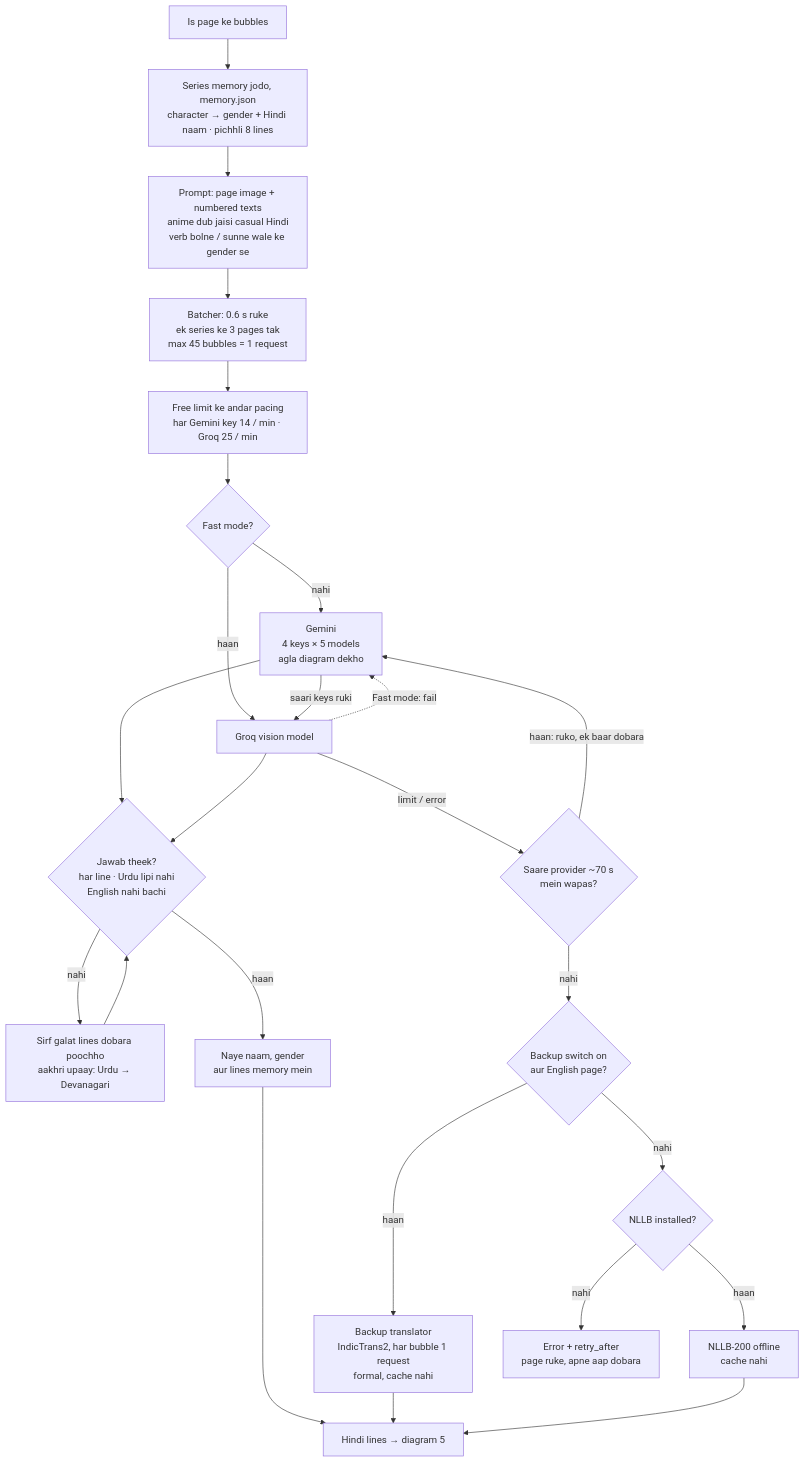
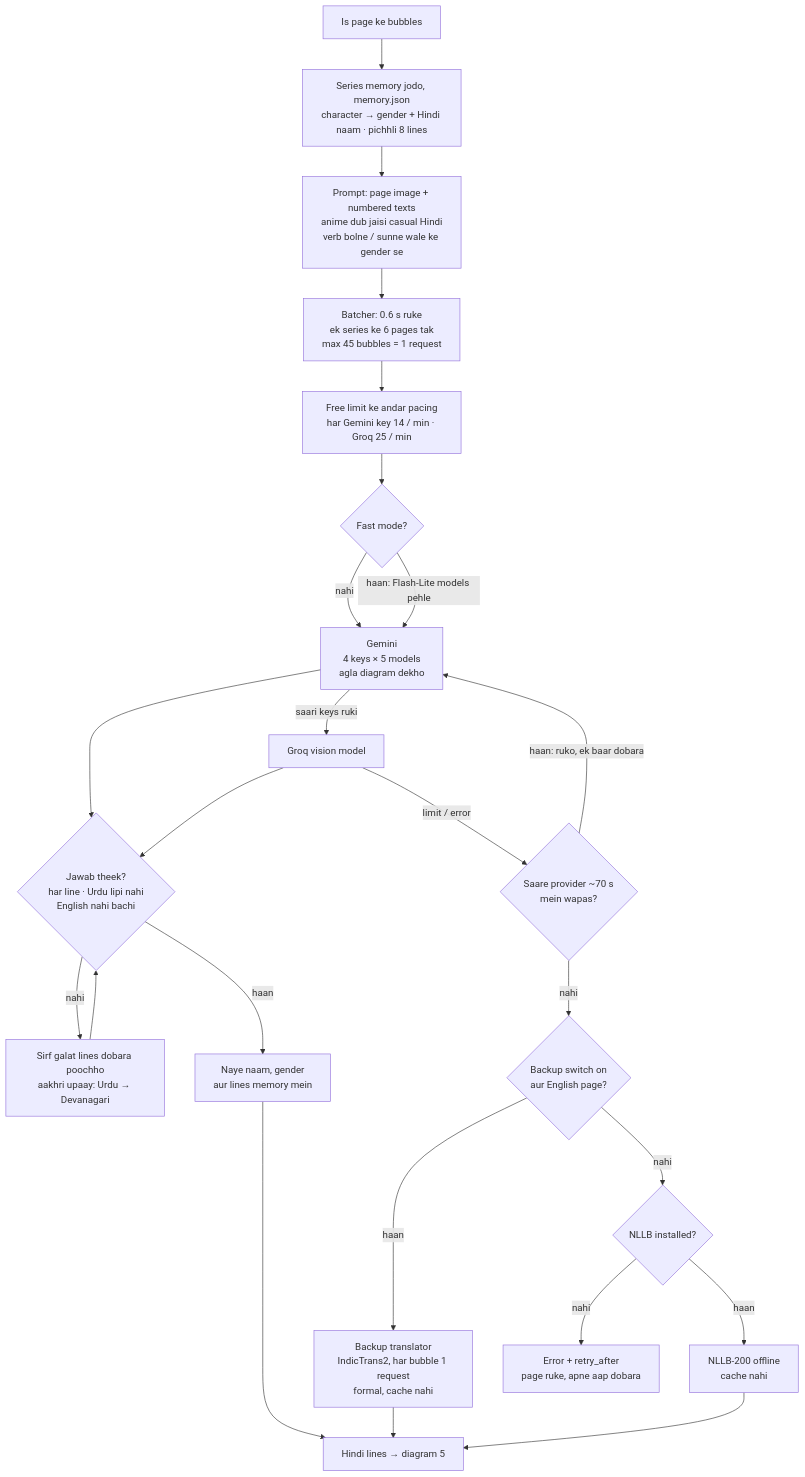
The fourth of 6 diagrams in README.hinglish.md (jitendra205saini/Manga-Translator), drawn with Mermaid before and after one commit. The commit also changed other lines of this file and 11 other files, not shown here.

Commit message:
v2.9.1: tez webtoon (6 tukde ek request, 8 ek saath, Fast mode = Flash-Lite pehle), GPU crash fix, language sirf bubbles se, atka Gemini model 22s mein chhodo

````diff
--- a/README.hinglish.md
+++ b/README.hinglish.md
@@ -190,26 +190,25 @@
 ```mermaid
 flowchart TD
     G["Is page ke bubbles"] --> M["Series memory jodo, memory.json<br/>character → gender + Hindi naam · pichhli 8 lines"]
     M --> P["Prompt: page image + numbered texts<br/>anime dub jaisi casual Hindi<br/>verb bolne / sunne wale ke gender se"]
-    P --> BQ["Batcher: 0.6 s ruke<br/>ek series ke 3 pages tak<br/>max 45 bubbles = 1 request"]
+    P --> BQ["Batcher: 0.6 s ruke<br/>ek series ke 6 pages tak<br/>max 45 bubbles = 1 request"]
     BQ --> PC["Free limit ke andar pacing<br/>har Gemini key 14 / min · Groq 25 / min"]
     PC --> FM{"Fast mode?"}
     FM -->|"nahi"| GM["Gemini<br/>4 keys × 5 models<br/>agla diagram dekho"]
-    FM -->|"haan"| GQ["Groq vision model"]
-    GM -->|"saari keys ruki"| GQ
-    GQ -.->|"Fast mode: fail"| GM
+    FM -->|"haan: Flash-Lite models pehle"| GM
+    GM -->|"saari keys ruki"| GQ["Groq vision model"]
     GM --> CK{"Jawab theek?<br/>har line · Urdu lipi nahi<br/>English nahi bachi"}
     GQ --> CK
     CK -->|"nahi"| RA["Sirf galat lines dobara poochho<br/>aakhri upaay: Urdu → Devanagari"]
     RA --> CK
     CK -->|"haan"| MW["Naye naam, gender<br/>aur lines memory mein"]
     MW --> OK["Hindi lines → diagram 5"]
     GQ -->|"limit / error"| WT{"Saare provider ~70 s<br/>mein wapas?"}
     WT -->|"haan: ruko, ek baar dobara"| GM
     WT -->|"nahi"| BK{"Backup switch on<br/>aur English page?"}
     BK -->|"haan"| BT["Backup translator<br/>IndicTrans2, har bubble 1 request<br/>formal, cache nahi"]
     BT --> OK
     BK -->|"nahi"| NL{"NLLB installed?"}
     NL -->|"haan"| NN["NLLB-200 offline<br/>cache nahi"] --> OK
     NL -->|"nahi"| RT["Error + retry_after<br/>page ruke, apne aap dobara"]
 ```
````
